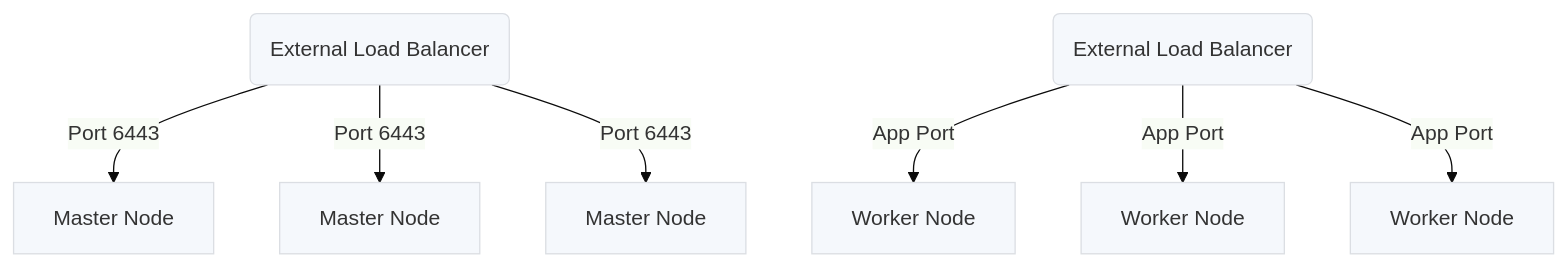
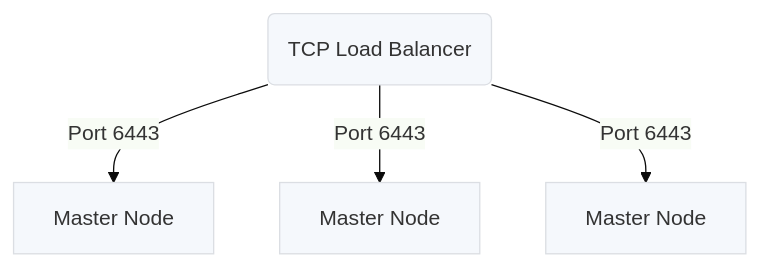
The diagram in src/markdown-pages/install-with-kurl/system-requirements.md (replicatedhq/kurl.sh), drawn with Mermaid before and after one commit. The commit also changed other lines of this file, not shown here.

````diff
--- a/src/markdown-pages/install-with-kurl/system-requirements.md
+++ b/src/markdown-pages/install-with-kurl/system-requirements.md
@@ -80,12 +76,8 @@
 ```mermaid
 %%{init: {'theme': 'base', 'themeVariables': { 'primaryColor': '#f5f8fc'}}}%%
 graph TB
-    A(External Load Balancer)
+    A(TCP Load Balancer)
     A -->|Port 6443| B[Master Node]
     A -->|Port 6443| C[Master Node]
     A -->|Port 6443| D[Master Node]
-    E(External Load Balancer)
-    E-->|App Port| F[Worker Node]
-    E-->|App Port| G[Worker Node]
-    E-->|App Port| H[Worker Node]
 ```
````
